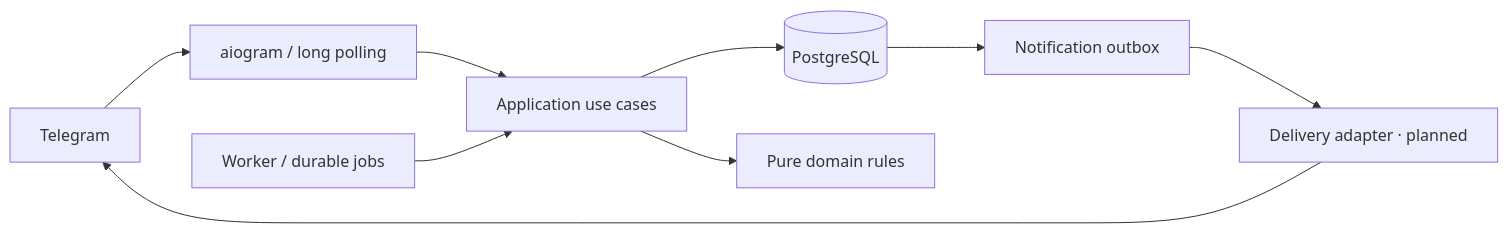
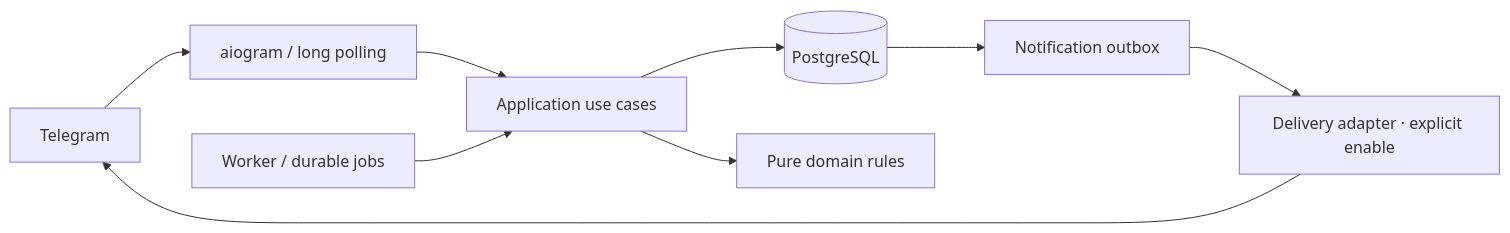
The diagram in docs/architecture.md (anry88/Goaletto), drawn with Mermaid before and after one commit. The commit also changed other lines of this file and 50 other files, not shown here.

Commit message:
Integrate agent wave one with durable Telegram flows and PostgreSQL checks

````diff
--- a/docs/architecture.md
+++ b/docs/architecture.md
@@ -6,11 +6,11 @@
 ```mermaid
 flowchart LR
     TG[Telegram] --> BOT[aiogram / long polling]
     BOT --> APP[Application use cases]
     APP --> DB[(PostgreSQL)]
     WORKER[Worker / durable jobs] --> APP
     APP --> DOMAIN[Pure domain rules]
     DB --> OUTBOX[Notification outbox]
-    OUTBOX --> DELIVERY[Delivery adapter · planned]
+    OUTBOX --> DELIVERY[Delivery adapter · explicit enable]
     DELIVERY --> TG
 ```
````
